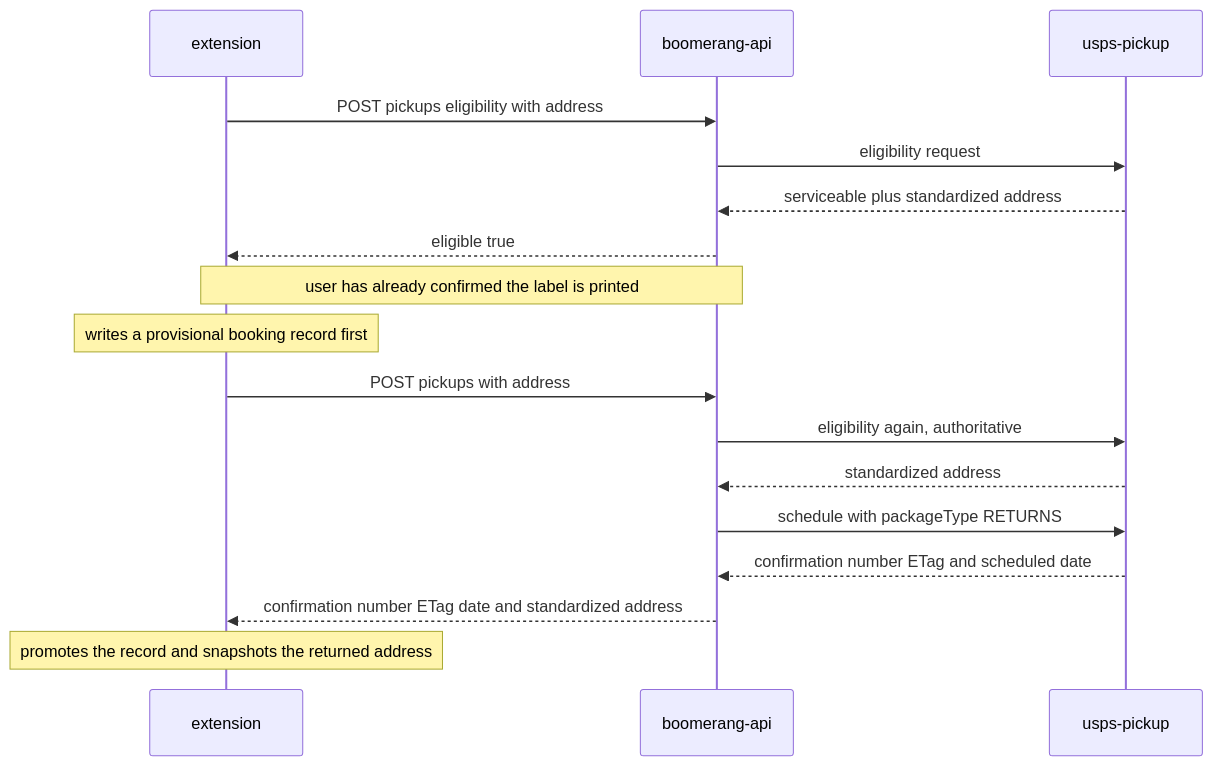
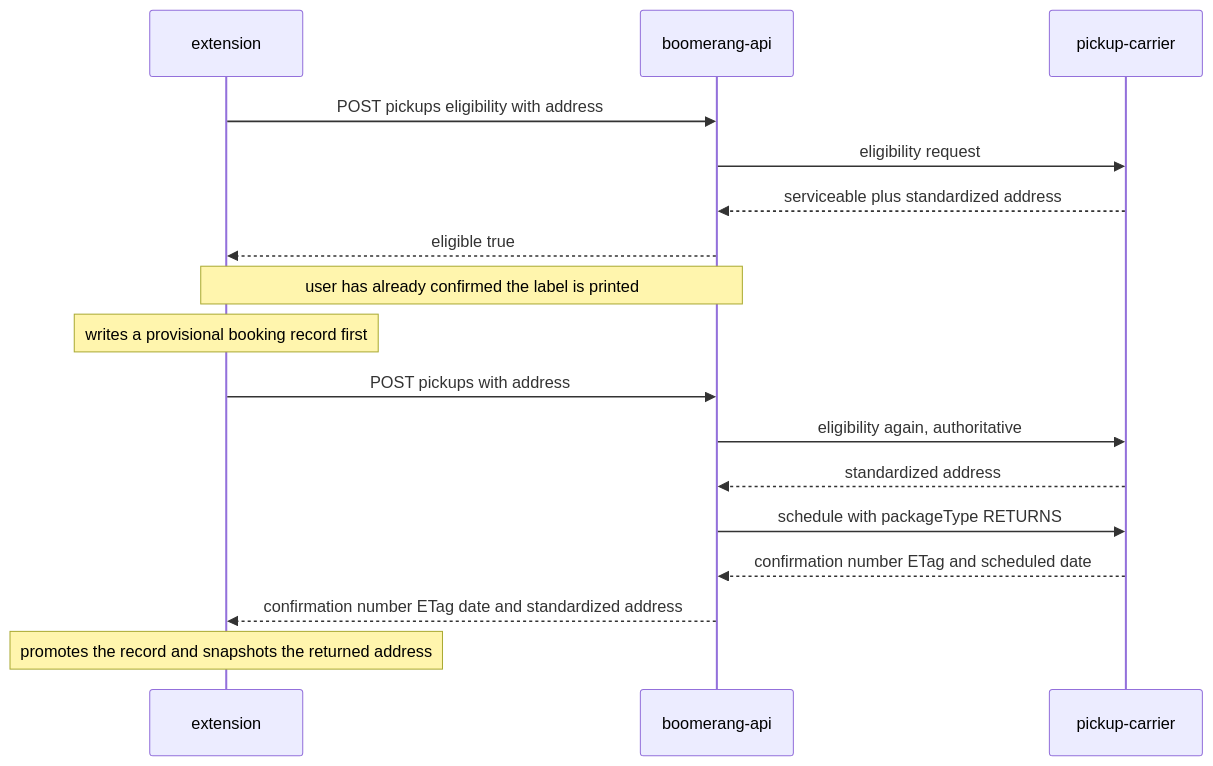
The fifth of 7 diagrams in design/boomerang-requirements.md (jacklvd/boomerang), drawn with Mermaid before and after one commit. The commit also changed other lines of this file and 63 other files, not shown here.

Commit message:
retailer-flow spike documentation + retargeted workflow

````diff
--- a/design/boomerang-requirements.md
+++ b/design/boomerang-requirements.md
@@ -982,20 +1052,20 @@
 ```mermaid
 sequenceDiagram
     participant EXT as extension
     participant API as boomerang-api
-    participant USPS as usps-pickup
+    participant CARRIER as pickup-carrier
 
     EXT->>API: POST pickups eligibility with address
-    API->>USPS: eligibility request
-    USPS-->>API: serviceable plus standardized address
+    API->>CARRIER: eligibility request
+    CARRIER-->>API: serviceable plus standardized address
     API-->>EXT: eligible true
     Note over EXT,API: user has already confirmed the label is printed
     Note over EXT: writes a provisional booking record first
     EXT->>API: POST pickups with address
-    API->>USPS: eligibility again, authoritative
-    USPS-->>API: standardized address
-    API->>USPS: schedule with packageType RETURNS
-    USPS-->>API: confirmation number ETag and scheduled date
+    API->>CARRIER: eligibility again, authoritative
+    CARRIER-->>API: standardized address
+    API->>CARRIER: schedule with packageType RETURNS
+    CARRIER-->>API: confirmation number ETag and scheduled date
     API-->>EXT: confirmation number ETag date and standardized address
     Note over EXT: promotes the record and snapshots the returned address
 ```
````
